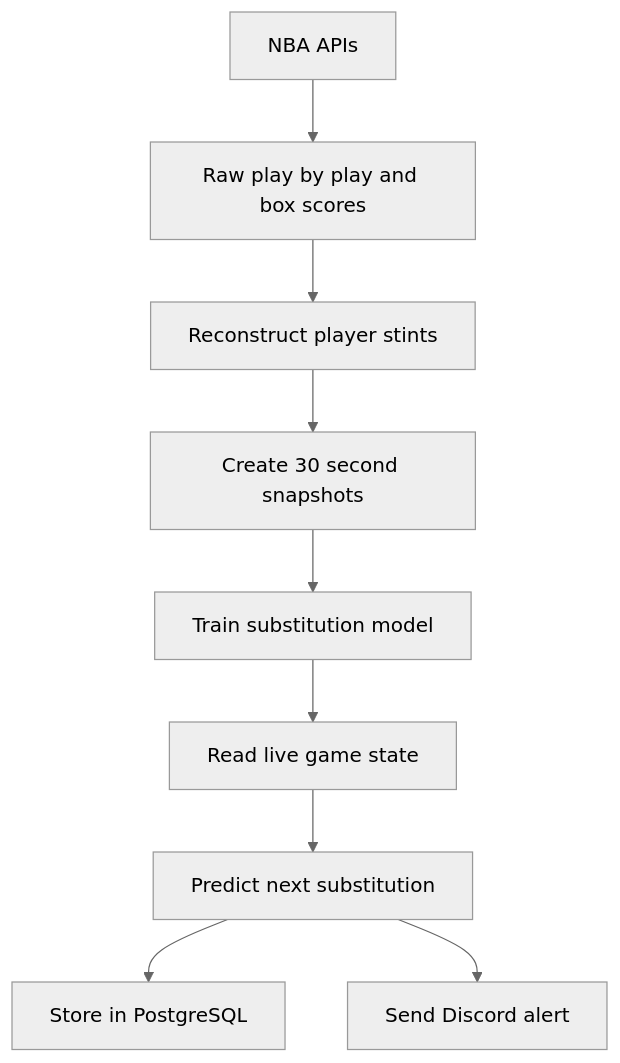
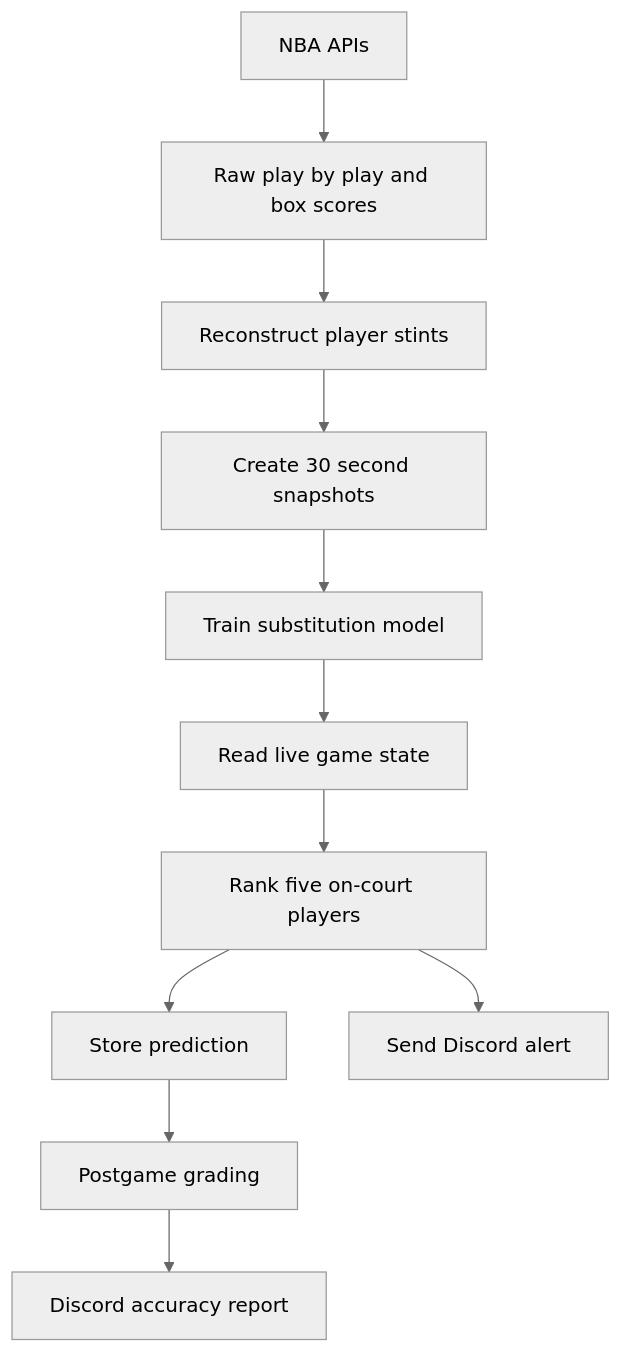
Before and after one commit to philipvu-13/nba-substitution-prediction: the diagram in README.md, drawn with Mermaid (neutral theme). The commit also changed other lines of this file, not shown here.

````diff
--- a/README.md
+++ b/README.md
@@ -36,11 +44,13 @@
 ```mermaid
 flowchart TD
     A["NBA APIs"] --> B["Raw play by play and box scores"]
     B --> C["Reconstruct player stints"]
     C --> D["Create 30 second snapshots"]
     D --> E["Train substitution model"]
     E --> F["Read live game state"]
-    F --> G["Predict next substitution"]
-    G --> H["Store in PostgreSQL"]
+    F --> G["Rank five on-court players"]
+    G --> H["Store prediction"]
     G --> I["Send Discord alert"]
+    H --> J["Postgame grading"]
+    J --> K["Discord accuracy report"]
 ```
````
